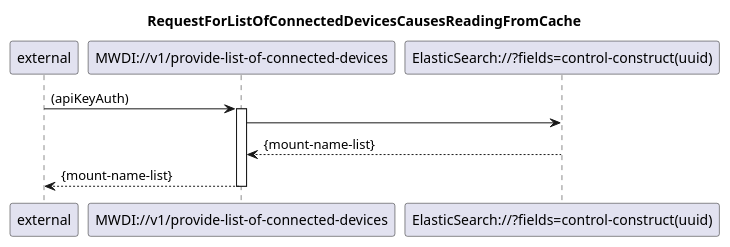
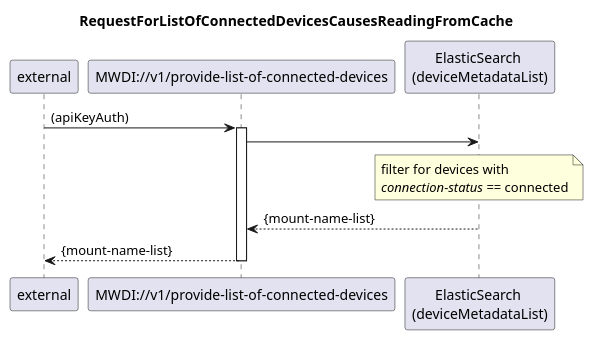
The diagram in spec/diagrams/100_ProvideListOfConnectedDevices.plantuml (openBackhaul/MicroWaveDeviceInventory), drawn with PlantUML before and after one commit. The commit also changed 4 other files, not shown here.

Commit message:
(DeviceList) Modify /v1/provide-list-of-connected-devices Fixes #1235

```diff
--- a/spec/diagrams/100_ProvideListOfConnectedDevices.plantuml
+++ b/spec/diagrams/100_ProvideListOfConnectedDevices.plantuml
@@ -1,19 +1,23 @@
 @startuml 100_ProvideListOfConnectedDevices
 skinparam responseMessageBelowArrow true
 
 title RequestForListOfConnectedDevicesCausesReadingFromCache
 
 participant "external" as requestor
 participant "MWDI://v1/provide-list-of-connected-devices" as provideListOfConnectedDevices
-participant "ElasticSearch://?fields=control-construct(uuid)" as ConnectedDeviceList
+participant "ElasticSearch \n(deviceMetadataList)" as ConnectedDeviceList
 
 requestor -> provideListOfConnectedDevices: (apiKeyAuth)
 activate provideListOfConnectedDevices
 
 provideListOfConnectedDevices -> ConnectedDeviceList
+note over ConnectedDeviceList
+  filter for devices with
+  <i>connection-status</i> == connected
+end note
 ConnectedDeviceList --> provideListOfConnectedDevices: {mount-name-list}
 
 provideListOfConnectedDevices --> requestor: {mount-name-list}
 deactivate provideListOfConnectedDevices
 
 @enduml
```
